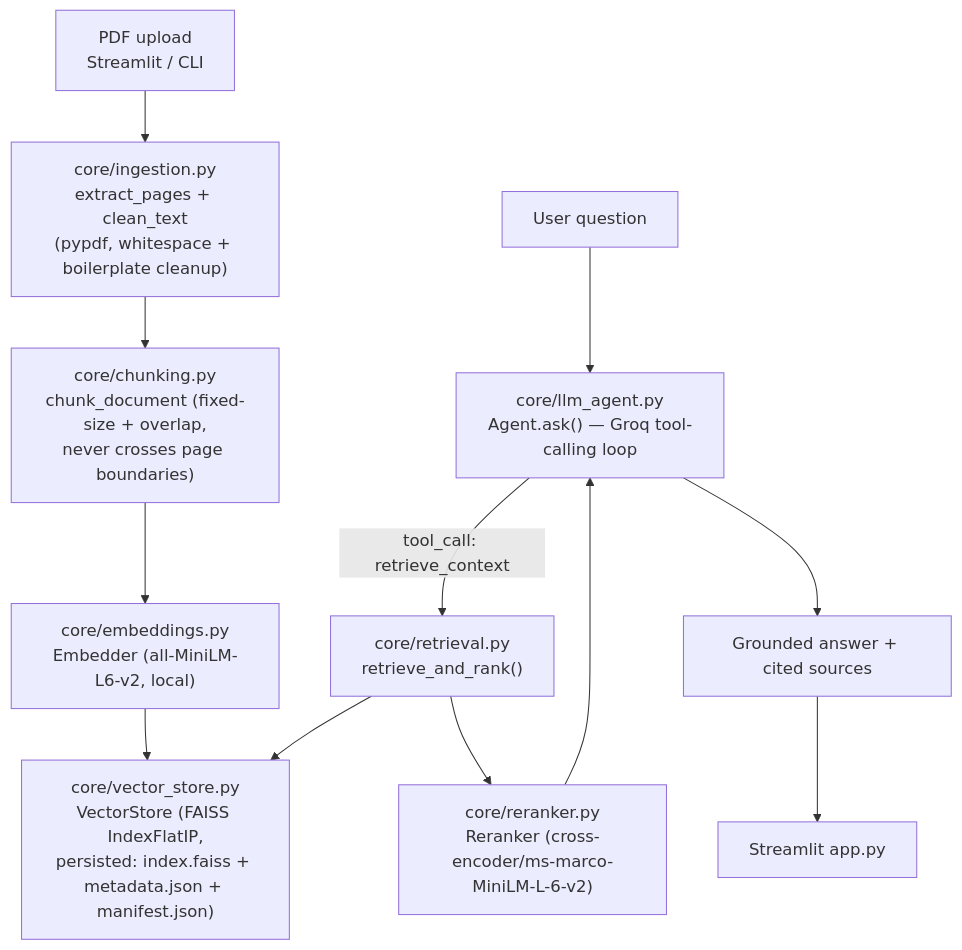
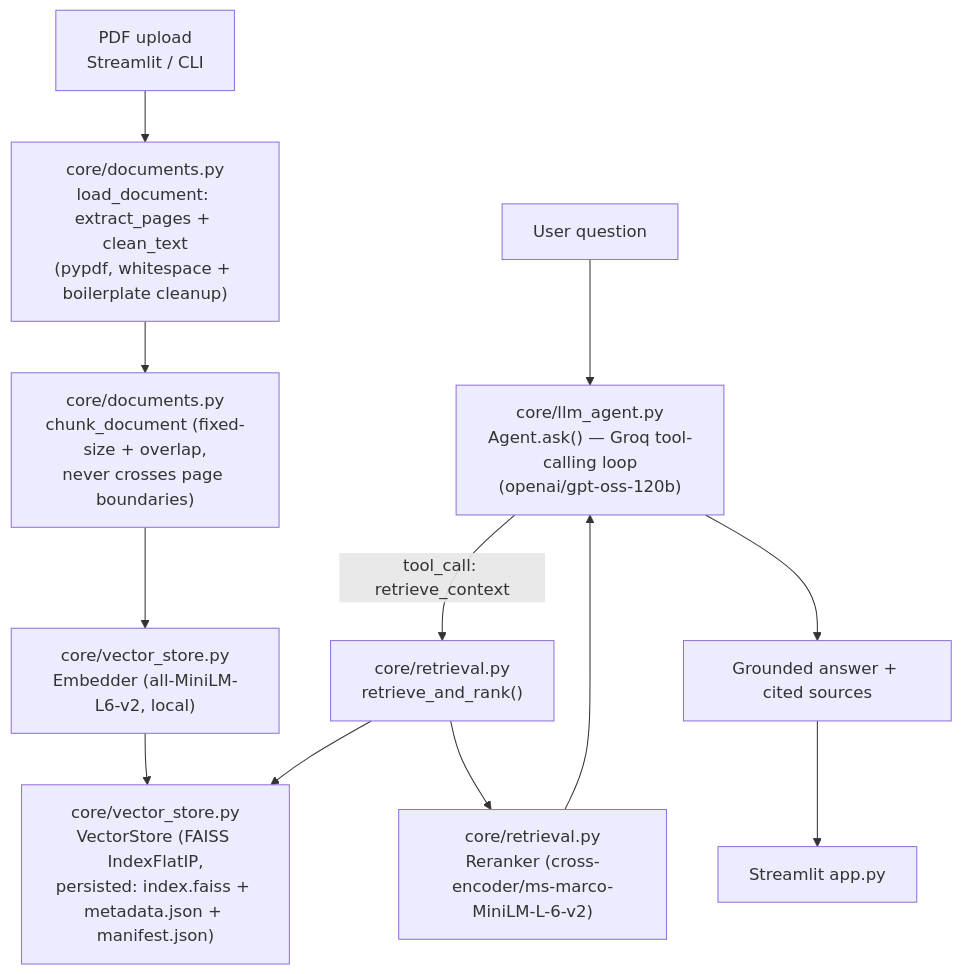
Before and after one commit to adityamanish999/Final_Project: the first of 2 diagrams in Document_Assisstant/docs/architecture.md, drawn with Mermaid. The commit also changed other lines of this file and 27 other files, not shown here.

Commit message:
Refactor Document_Assisstant: consolidate ingestion into documents module, add CLI and env example

````diff
--- a/Document_Assisstant/docs/architecture.md
+++ b/Document_Assisstant/docs/architecture.md
@@ -9,15 +9,15 @@
 ```mermaid
 flowchart TD
-    A[PDF upload<br/>Streamlit / CLI] --> B["core/ingestion.py<br/>extract_pages + clean_text<br/>(pypdf, whitespace + boilerplate cleanup)"]
-    B --> C["core/chunking.py<br/>chunk_document (fixed-size + overlap,<br/>never crosses page boundaries)"]
-    C --> D["core/embeddings.py<br/>Embedder (all-MiniLM-L6-v2, local)"]
+    A[PDF upload<br/>Streamlit / CLI] --> B["core/documents.py<br/>load_document: extract_pages + clean_text<br/>(pypdf, whitespace + boilerplate cleanup)"]
+    B --> C["core/documents.py<br/>chunk_document (fixed-size + overlap,<br/>never crosses page boundaries)"]
+    C --> D["core/vector_store.py<br/>Embedder (all-MiniLM-L6-v2, local)"]
     D --> E["core/vector_store.py<br/>VectorStore (FAISS IndexFlatIP,<br/>persisted: index.faiss + metadata.json + manifest.json)"]
 
-    F[User question] --> G["core/llm_agent.py<br/>Agent.ask() — Groq tool-calling loop"]
+    F[User question] --> G["core/llm_agent.py<br/>Agent.ask() — Groq tool-calling loop<br/>(openai/gpt-oss-120b)"]
     G -->|tool_call: retrieve_context| H["core/retrieval.py<br/>retrieve_and_rank()"]
     H --> E
-    H --> I["core/reranker.py<br/>Reranker (cross-encoder/ms-marco-MiniLM-L-6-v2)"]
+    H --> I["core/retrieval.py<br/>Reranker (cross-encoder/ms-marco-MiniLM-L-6-v2)"]
     I --> G
     G --> J[Grounded answer + cited sources]
     J --> K[Streamlit app.py]
 ```
````
